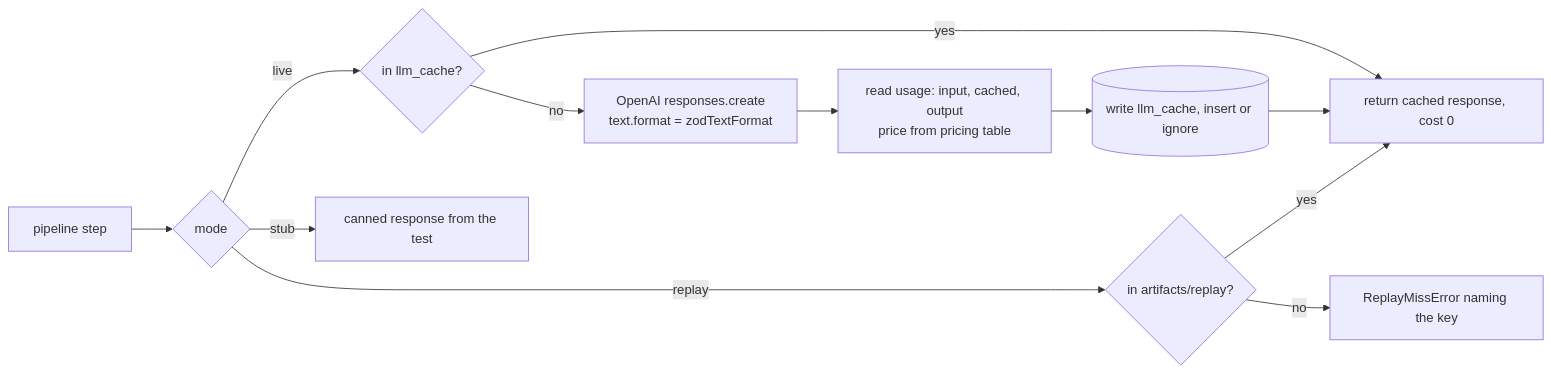
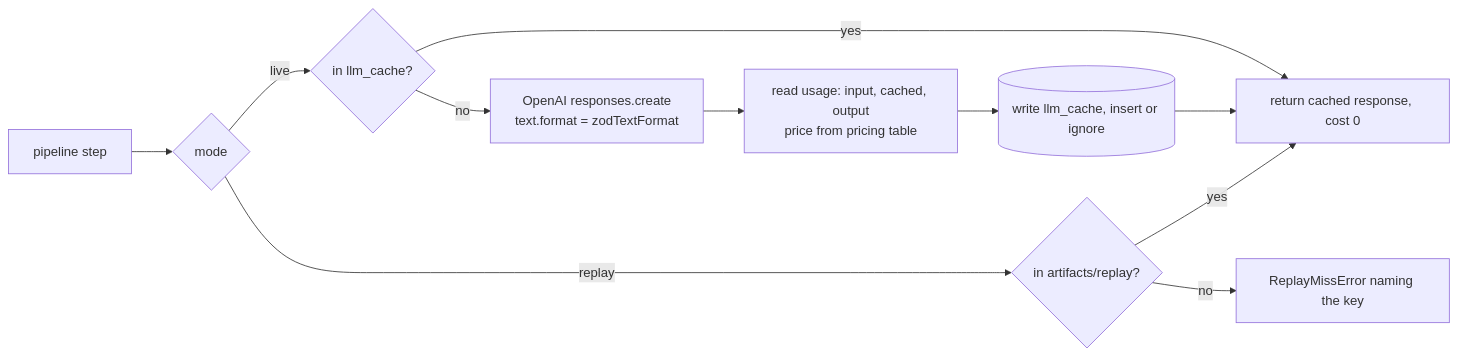
One commit to nitin-1926/keychain-category-tagging changed the fourth of 5 diagrams in ARCHITECTURE.md. Above: the diagram before and after it, drawn with Mermaid. The commit also changed other lines of this file and 2 other files, not shown here.

Commit message:
docs: update README, architecture and env example for the fixes

````diff
--- a/ARCHITECTURE.md
+++ b/ARCHITECTURE.md
@@ -240,11 +242,10 @@
 ```mermaid
 flowchart LR
   P[pipeline step] --> C{mode}
   C -- live --> K{in llm_cache?}
   K -- yes --> R[return cached response, cost 0]
   K -- no --> O[OpenAI responses.create<br/>text.format = zodTextFormat] --> U[read usage: input, cached, output<br/>price from pricing table] --> W[(write llm_cache, insert or ignore)] --> R
   C -- replay --> F{in artifacts/replay?}
   F -- yes --> R
   F -- no --> X[ReplayMissError naming the key]
-  C -- stub --> S[canned response from the test]
 ```
````
